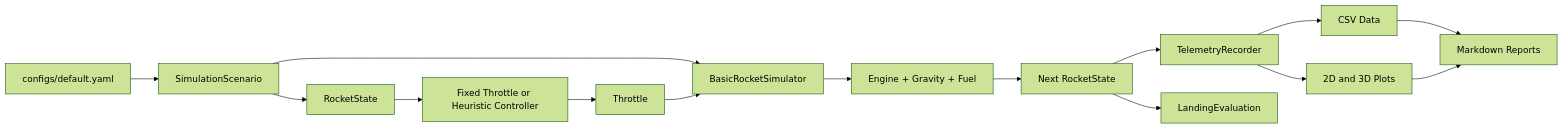
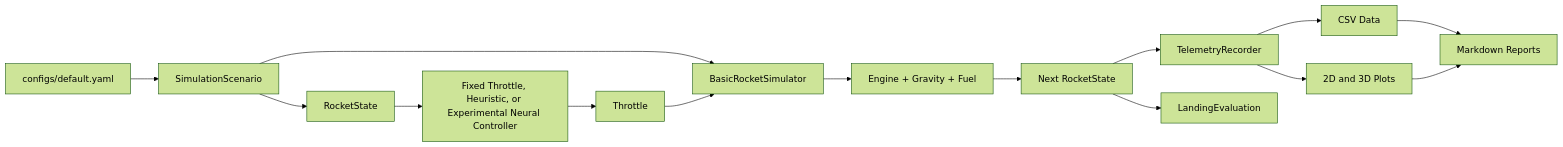
The diagram in docs/diagrams/current_architecture.md (gabriel-lab-ia/autonomous-aerospace-simulator), drawn with Mermaid (forest theme) before and after one commit. The commit also changed other lines of this file and 15 other files, not shown here.

Commit message:
feat: integrate neural controller inference and document training metrics

````diff
--- a/docs/diagrams/current_architecture.md
+++ b/docs/diagrams/current_architecture.md
@@ -3,17 +3,17 @@
 ```mermaid
 flowchart LR
     YAML[configs/default.yaml] --> SC[SimulationScenario]
     SC --> STATE[RocketState]
     SC --> SIM[BasicRocketSimulator]
-    CTRL[Fixed Throttle or Heuristic Controller] --> ACTION[Throttle]
+    CTRL[Fixed Throttle, Heuristic, or Experimental Neural Controller] --> ACTION[Throttle]
     STATE --> CTRL
     ACTION --> SIM
     SIM --> PHYS[Engine + Gravity + Fuel]
     PHYS --> NEXT[Next RocketState]
     NEXT --> REC[TelemetryRecorder]
     NEXT --> EVAL[LandingEvaluation]
     REC --> CSV[CSV Data]
     REC --> PLOT[2D and 3D Plots]
     CSV --> REPORT[Markdown Reports]
     PLOT --> REPORT
 ```
````
